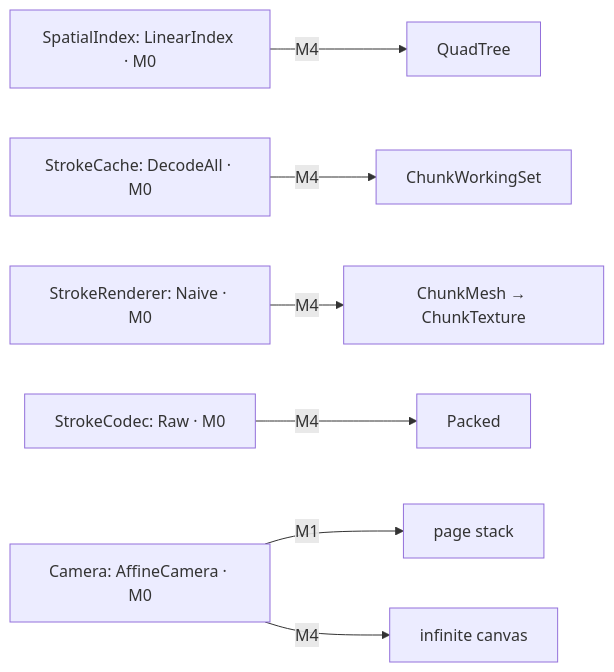
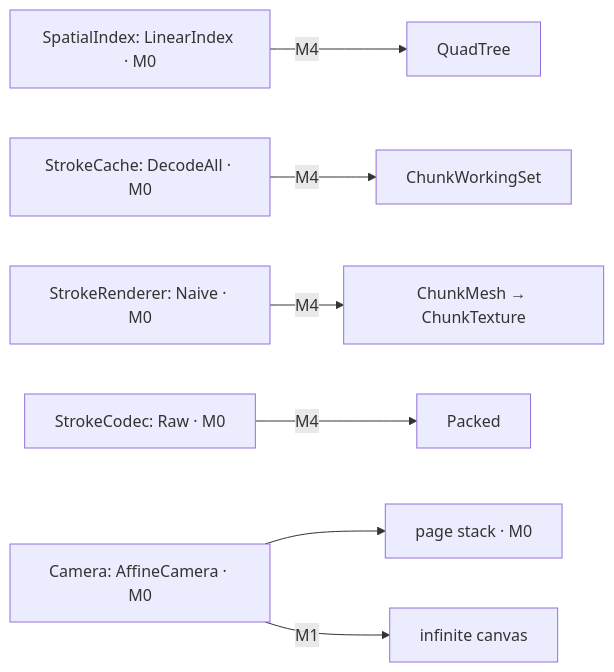
The second of 4 diagrams in docs/architecture.md (Student-Team-Projects/Most-Overkilled-Whiteboard-for-ArchLinux), drawn with Mermaid before and after one commit. The commit also changed other lines of this file and 6 other files, not shown here.

````diff
--- a/docs/architecture.md
+++ b/docs/architecture.md
@@ -27,9 +27,9 @@
 ```mermaid
 flowchart LR
     si0["SpatialIndex: LinearIndex · M0"] -->|M4| si1["QuadTree"]
     sc0["StrokeCache: DecodeAll · M0"] -->|M4| sc1["ChunkWorkingSet"]
     sr0["StrokeRenderer: Naive · M0"] -->|M4| sr1["ChunkMesh → ChunkTexture"]
     cd0["StrokeCodec: Raw · M0"] -->|M4| cd1["Packed"]
-    cam0["Camera: AffineCamera · M0"] -->|M1| cam1["page stack"]
-    cam0 -->|M4| cam2["infinite canvas"]
+    cam0["Camera: AffineCamera · M0"] --> cam1["page stack · M0"]
+    cam0 -->|M1| cam2["infinite canvas"]
 ```
````
